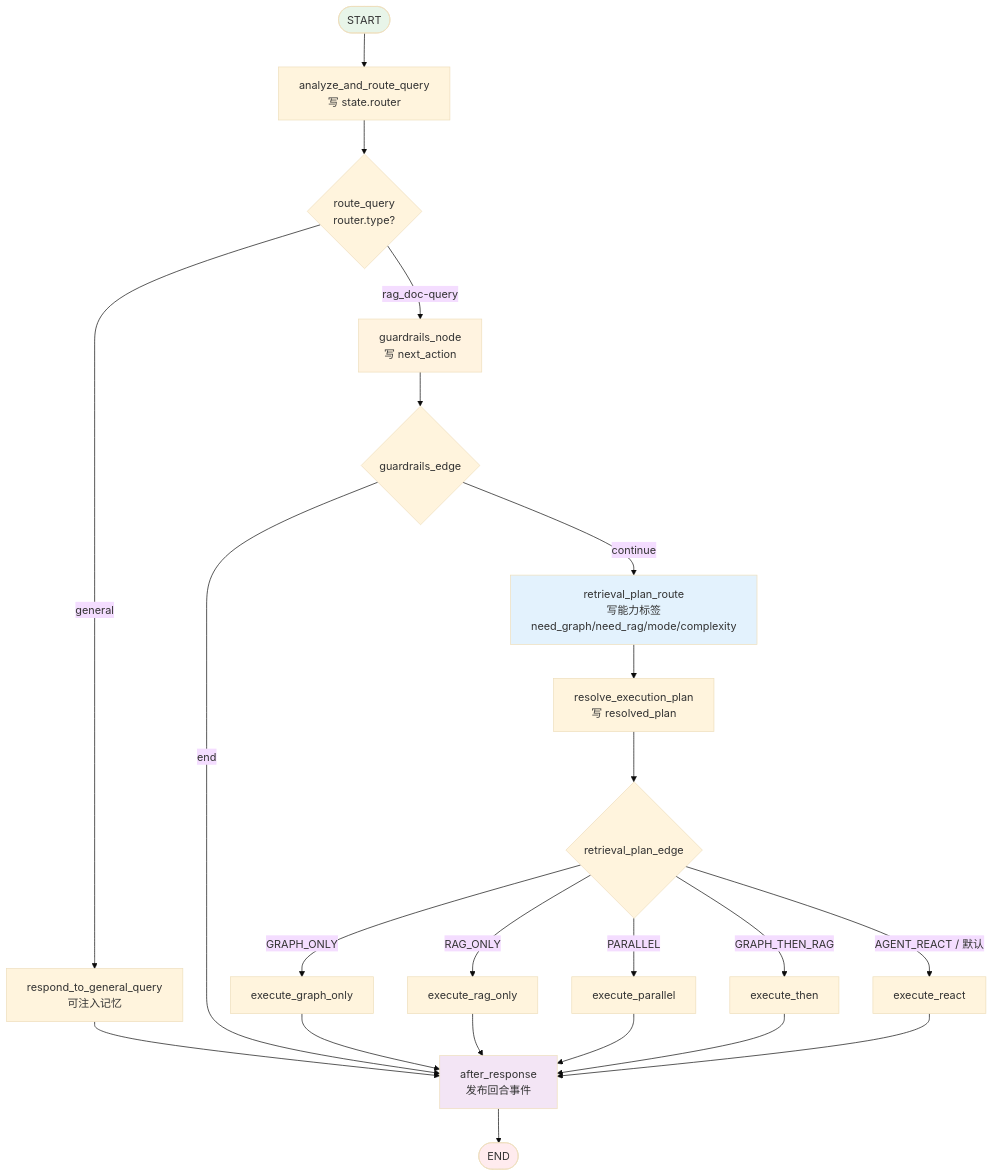
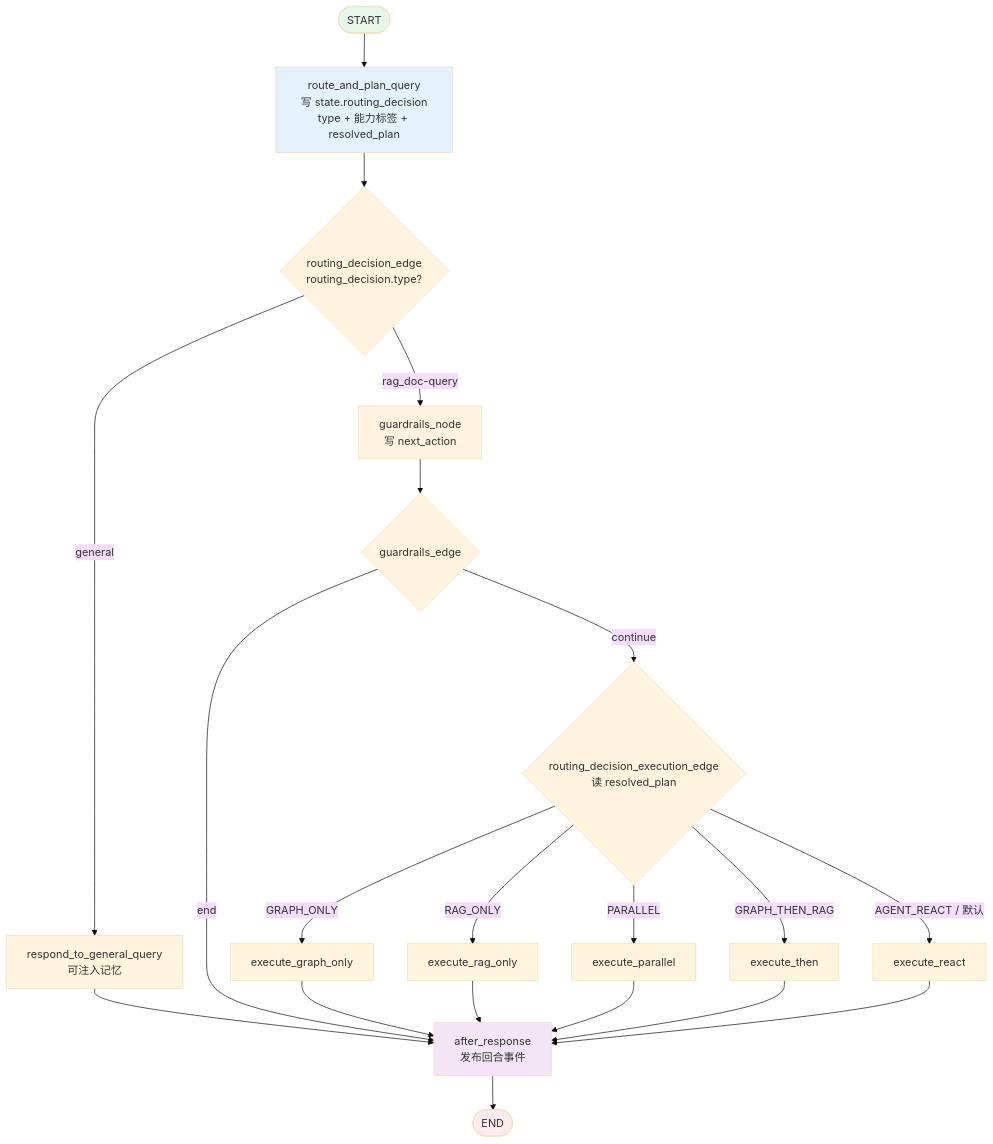
One commit to bitladykiller/- changed the eighth of 36 diagrams in docs/modules/00-全流程图集.md. Above: the diagram before and after it, drawn with Mermaid (base theme). The commit also changed other lines of this file and 19 other files, not shown here.

````diff
--- a/docs/modules/00-全流程图集.md
+++ b/docs/modules/00-全流程图集.md
@@ -374,35 +376,32 @@
 ```mermaid
 flowchart TD
-    START([START]) --> A[analyze_and_route_query<br/>写 state.router]
-    A --> RQ{route_query<br/>router.type?}
+    START([START]) --> A[route_and_plan_query<br/>写 state.routing_decision<br/>type + 能力标签 + resolved_plan]
+    A --> RQ{routing_decision_edge<br/>routing_decision.type?}
 
     RQ -->|general| GEN[respond_to_general_query<br/>可注入记忆]
     GEN --> AFTER[after_response<br/>发布回合事件]
 
     RQ -->|rag_doc-query| GRD[guardrails_node<br/>写 next_action]
     GRD --> GE{guardrails_edge}
 
     GE -->|end| AFTER
-    GE -->|continue| PLAN[retrieval_plan_route<br/>写能力标签<br/>need_graph/need_rag/mode/complexity]
-
-    PLAN --> RES[resolve_execution_plan<br/>写 resolved_plan]
-    RES --> PE{retrieval_plan_edge}
+    GE -->|continue| PE{routing_decision_execution_edge<br/>读 resolved_plan}
     PE -->|GRAPH_ONLY| E1[execute_graph_only]
     PE -->|RAG_ONLY| E2[execute_rag_only]
     PE -->|PARALLEL| E3[execute_parallel]
     PE -->|GRAPH_THEN_RAG| E4[execute_then]
     PE -->|AGENT_REACT / 默认| E5[execute_react]
 
     E1 --> AFTER
     E2 --> AFTER
     E3 --> AFTER
     E4 --> AFTER
     E5 --> AFTER
     AFTER --> ENDN([END])
 
     style START fill:#e8f5e9
     style ENDN fill:#ffebee
     style GRD fill:#fff3e0
-    style PLAN fill:#e3f2fd
+    style A fill:#e3f2fd
     style AFTER fill:#f3e5f5
 ```
````
